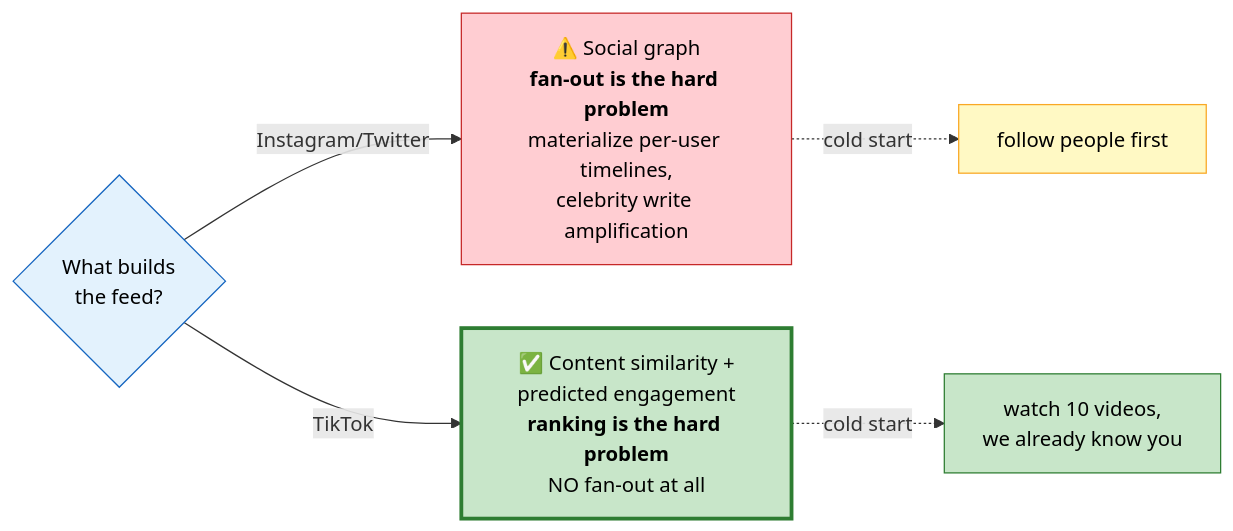
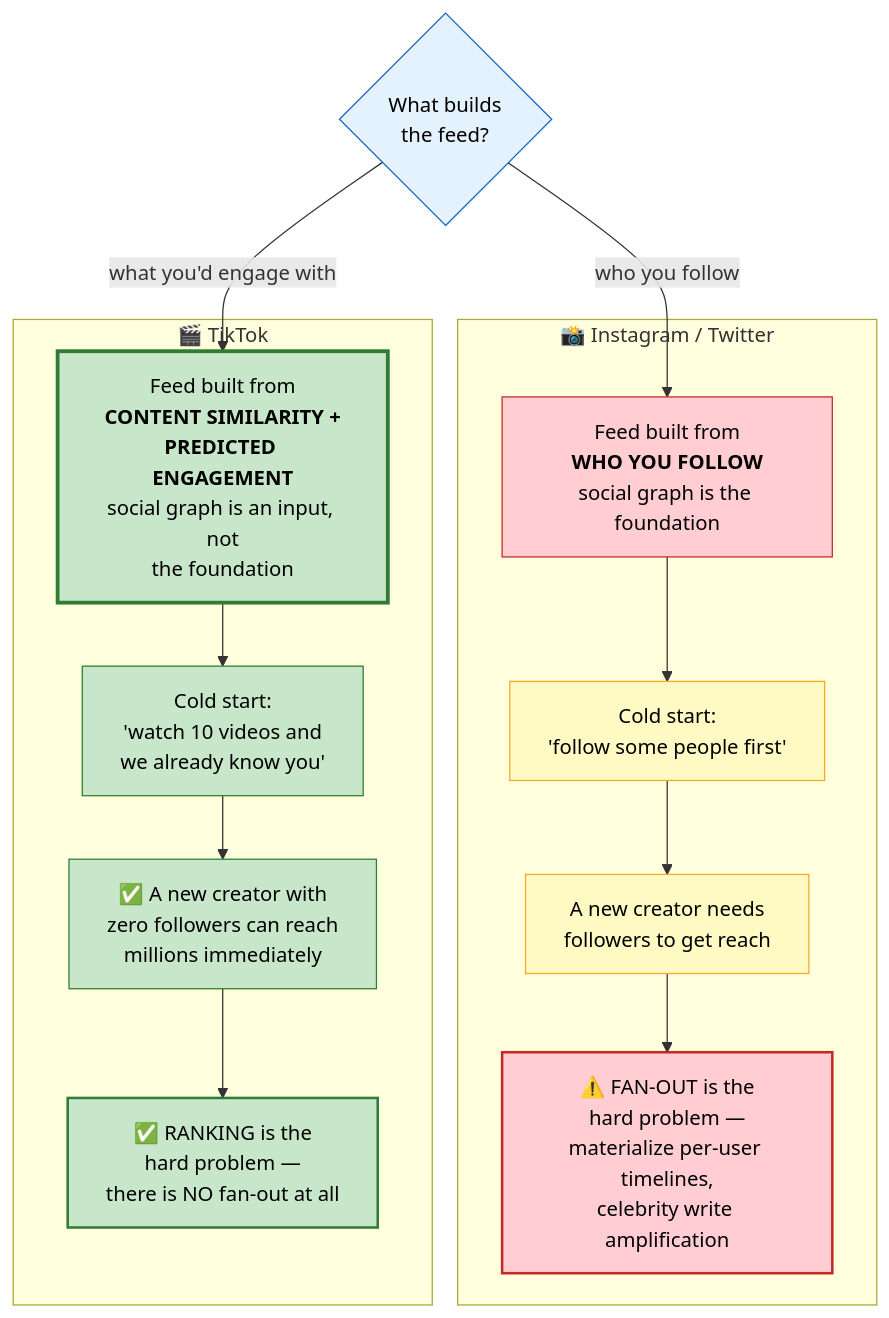
Diagram 29 of 35 in 05-system-design/05-case-studies-3.md (stormdigger/Interviewzz), drawn with Mermaid before and after one commit. The commit also changed other lines of this file and 5 other files, not shown here.

````diff
--- a/05-system-design/05-case-studies-3.md
+++ b/05-system-design/05-case-studies-3.md
@@ -1677,15 +1560,33 @@
 ```mermaid
-flowchart LR
+flowchart TD
     Q{"What builds<br/>the feed?"}
-    Q -->|"Instagram/Twitter"| Graph["⚠️ Social graph<br/><b>fan-out is the hard problem</b><br/>materialize per-user timelines,<br/>celebrity write amplification"]
-    Q -->|"TikTok"| Rank["✅ Content similarity +<br/>predicted engagement<br/><b>ranking is the hard problem</b><br/>NO fan-out at all"]
 
-    Graph -.->|"cold start"| G2["follow people first"]
-    Rank -.->|"cold start"| R2["watch 10 videos,<br/>we already know you"]
+    subgraph IG["📸 Instagram / Twitter"]
+        Graph["Feed built from<br/><b>WHO YOU FOLLOW</b><br/>social graph is the foundation"]
+        G2["Cold start:<br/>'follow some people first'"]
+        G3["A new creator needs<br/>followers to get reach"]
+        G4["⚠️ FAN-OUT is the<br/>hard problem —<br/>materialize per-user timelines,<br/>celebrity write amplification"]
+    end
+
+    subgraph TT["🎬 TikTok"]
+        Rank["Feed built from<br/><b>CONTENT SIMILARITY +<br/>PREDICTED ENGAGEMENT</b><br/>social graph is an input, not<br/>the foundation"]
+        R2["Cold start:<br/>'watch 10 videos and<br/>we already know you'"]
+        R3["✅ A new creator with<br/>zero followers can reach<br/>millions immediately"]
+        R4["✅ RANKING is the<br/>hard problem —<br/>there is NO fan-out at all"]
+    end
+
+    Q -->|"who you follow"| Graph
+    Q -->|"what you'd engage with"| Rank
+    Graph --> G2 --> G3 --> G4
+    Rank --> R2 --> R3 --> R4
 
     style Q fill:#e3f2fd,stroke:#1565c0,color:#000
     style Graph fill:#ffcdd2,stroke:#c62828,color:#000
+    style G2 fill:#fff9c4,stroke:#f9a825,color:#000
+    style G3 fill:#fff9c4,stroke:#f9a825,color:#000
+    style G4 fill:#ffcdd2,stroke:#c62828,stroke-width:2px,color:#000
     style Rank fill:#c8e6c9,stroke:#2e7d32,stroke-width:3px,color:#000
-    style G2 fill:#fff9c4,stroke:#f9a825,color:#000
     style R2 fill:#c8e6c9,stroke:#2e7d32,color:#000
+    style R3 fill:#c8e6c9,stroke:#2e7d32,color:#000
+    style R4 fill:#c8e6c9,stroke:#2e7d32,stroke-width:2px,color:#000
 ```
````
